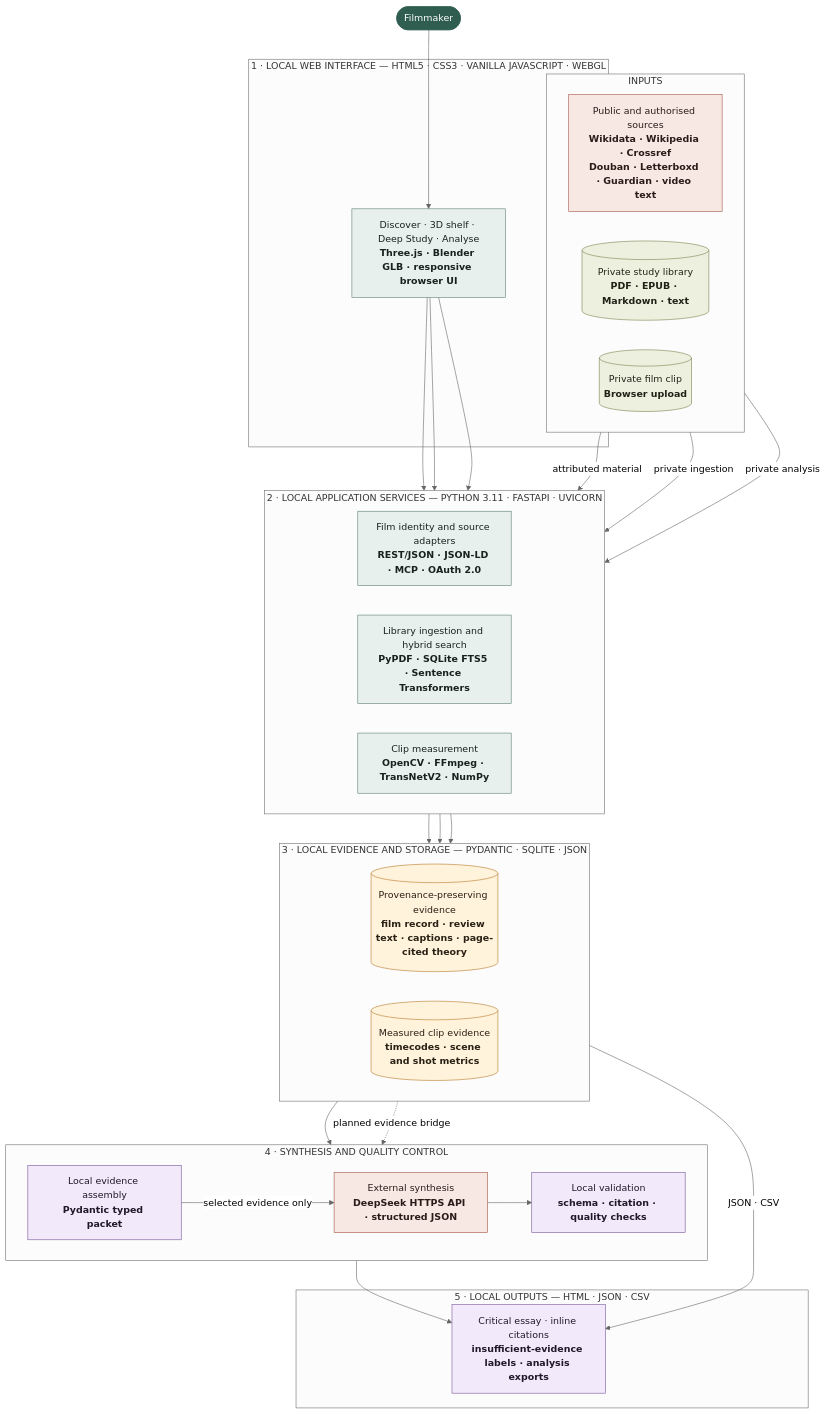
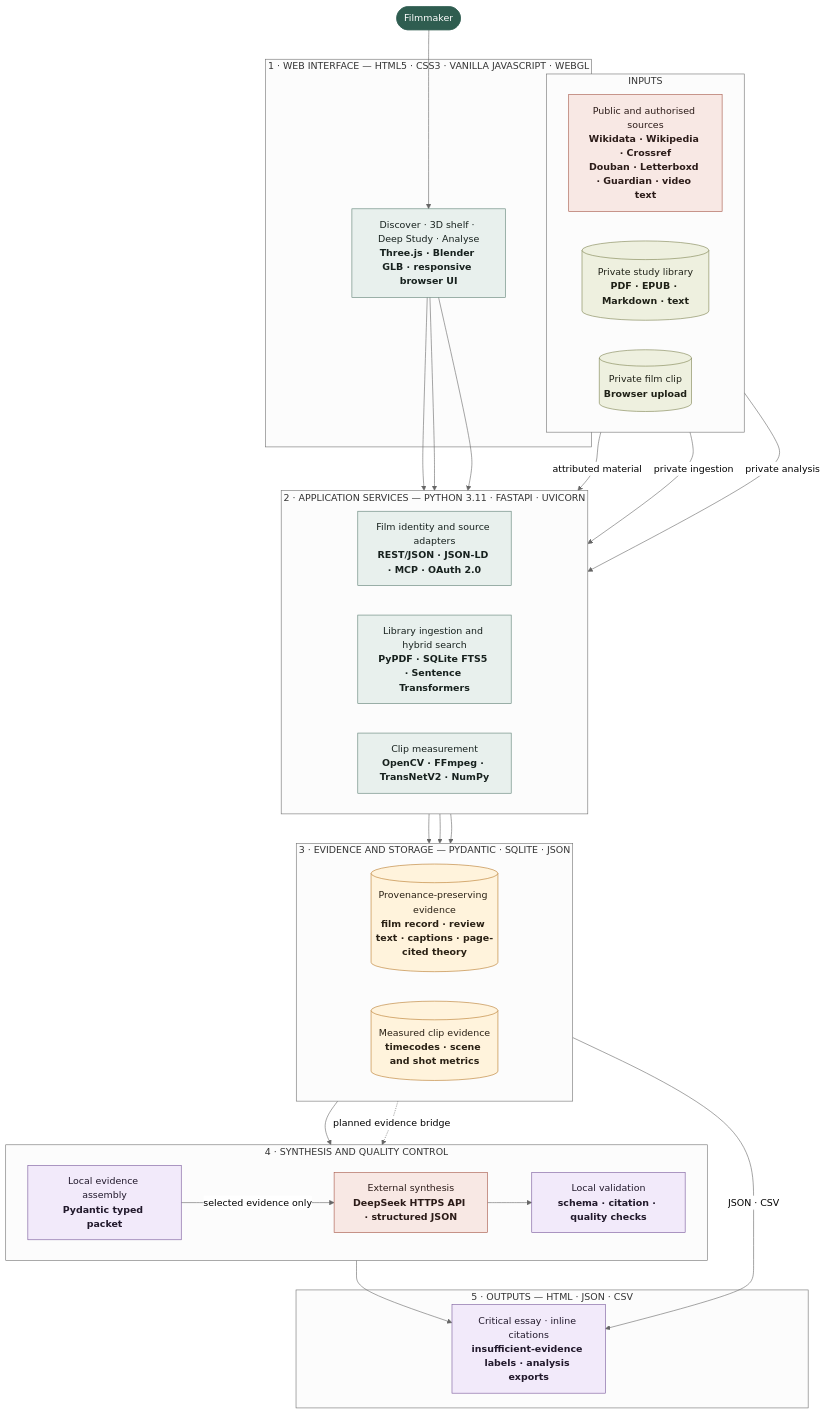
Before and after one commit to Luo-Z-Y/FirstRoll: the first of 2 diagrams in readme.md, drawn with Mermaid (neutral theme). The commit also changed other lines of this file and 7 other files, not shown here.

Commit message:
Document hosted architecture and system contracts

````diff
--- a/readme.md
+++ b/readme.md
@@ -126,71 +144,71 @@
 ```mermaid
 flowchart TB
     MAKER(["Filmmaker"])
 
-    subgraph L1["1 · LOCAL WEB INTERFACE — HTML5 · CSS3 · VANILLA JAVASCRIPT · WEBGL"]
+    subgraph L1["1 · WEB INTERFACE — HTML5 · CSS3 · VANILLA JAVASCRIPT · WEBGL"]
         UI["Discover · 3D shelf · Deep Study · Analyse<br/><b>Three.js · Blender GLB · responsive browser UI</b>"]
     end
 
     subgraph INPUTS["INPUTS"]
         direction LR
         RESEARCH["Public and authorised sources<br/><b>Wikidata · Wikipedia · Crossref<br/>Douban · Letterboxd · Guardian · video text</b>"]
         LIBRARY[("Private study library<br/><b>PDF · EPUB · Markdown · text</b>")]
         VIDEO[("Private film clip<br/><b>Browser upload</b>")]
     end
 
-    subgraph L2["2 · LOCAL APPLICATION SERVICES — PYTHON 3.11 · FASTAPI · UVICORN"]
+    subgraph L2["2 · APPLICATION SERVICES — PYTHON 3.11 · FASTAPI · UVICORN"]
         direction LR
         DISCOVERY["Film identity and source adapters<br/><b>REST/JSON · JSON-LD · MCP · OAuth 2.0</b>"]
         RETRIEVAL["Library ingestion and hybrid search<br/><b>PyPDF · SQLite FTS5 · Sentence Transformers</b>"]
         ANALYSIS["Clip measurement<br/><b>OpenCV · FFmpeg · TransNetV2 · NumPy</b>"]
     end
 
-    subgraph L3["3 · LOCAL EVIDENCE AND STORAGE — PYDANTIC · SQLITE · JSON"]
+    subgraph L3["3 · EVIDENCE AND STORAGE — PYDANTIC · SQLITE · JSON"]
         direction LR
         EVIDENCE[("Provenance-preserving evidence<br/><b>film record · review text · captions · page-cited theory</b>")]
         MEASURE[("Measured clip evidence<br/><b>timecodes · scene and shot metrics</b>")]
     end
 
     subgraph L4["4 · SYNTHESIS AND QUALITY CONTROL"]
         direction LR
         PACKET["Local evidence assembly<br/><b>Pydantic typed packet</b>"]
         DEEPSEEK["External synthesis<br/><b>DeepSeek HTTPS API · structured JSON</b>"]
         GATE["Local validation<br/><b>schema · citation · quality checks</b>"]
     end
 
-    subgraph L5["5 · LOCAL OUTPUTS — HTML · JSON · CSV"]
+    subgraph L5["5 · OUTPUTS — HTML · JSON · CSV"]
         OUTPUTS["Critical essay · inline citations<br/><b>insufficient-evidence labels · analysis exports</b>"]
     end
 
     MAKER --> UI
     UI --> DISCOVERY
     UI --> RETRIEVAL
     UI --> ANALYSIS
 
     RESEARCH -->|"attributed material"| DISCOVERY
     LIBRARY -->|"private ingestion"| RETRIEVAL
     VIDEO -->|"private analysis"| ANALYSIS
 
     DISCOVERY --> EVIDENCE
     RETRIEVAL --> EVIDENCE
     ANALYSIS --> MEASURE
     EVIDENCE --> PACKET
     PACKET -->|"selected evidence only"| DEEPSEEK
     DEEPSEEK --> GATE --> OUTPUTS
     MEASURE -->|"JSON · CSV"| OUTPUTS
     MEASURE -. "planned evidence bridge" .-> PACKET
 
     classDef person fill:#2f5d50,stroke:#2f5d50,color:#ffffff;
     classDef service fill:#e8f0ed,stroke:#5d7f74,color:#17211e;
     classDef evidence fill:#fff3dc,stroke:#b8792a,color:#2a2115;
     classDef study fill:#f2eafa,stroke:#77569a,color:#21192b;
     classDef private fill:#eef0df,stroke:#7c824f,color:#1f2117;
     classDef external fill:#f8e8e4,stroke:#a55445,color:#2b1b18;
 
     class MAKER person;
     class UI,DISCOVERY,RETRIEVAL,ANALYSIS service;
     class EVIDENCE,MEASURE evidence;
     class PACKET,GATE,OUTPUTS study;
     class LIBRARY,VIDEO private;
     class RESEARCH,DEEPSEEK external;
 ```
````
